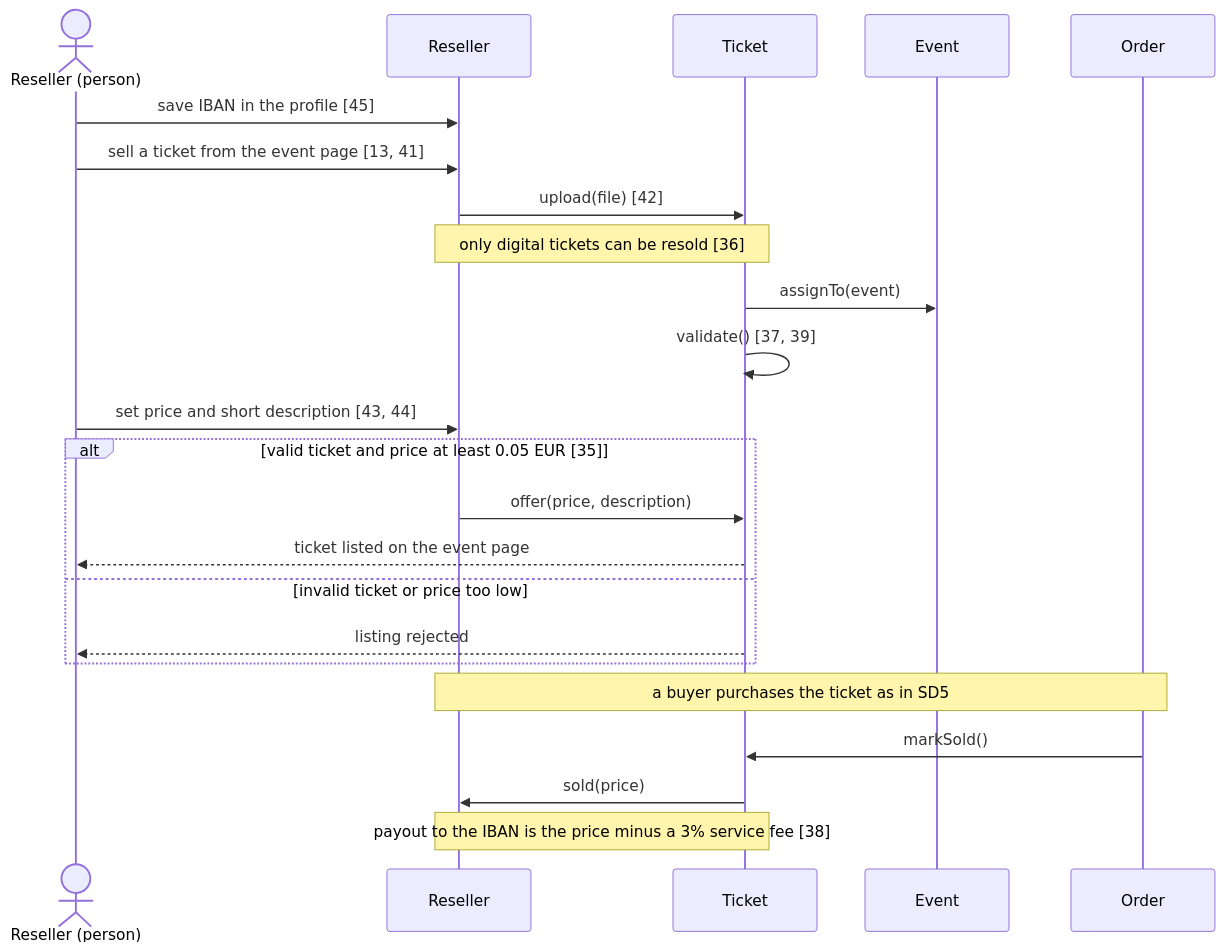
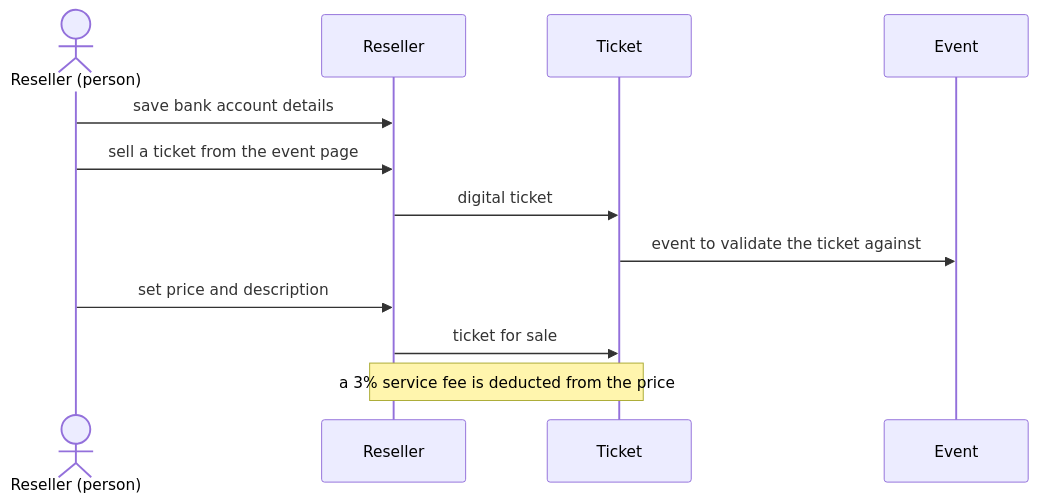
One commit to grumartin/user-story-domain-model-datasets changed the diagram in 4_gold_standard_sequence_diagrams/ticket/sd6_resell_ticket.mmd. Above: the diagram before and after it, drawn with Mermaid. The commit also changed 151 other files, not shown here.

Commit message:
Adapt domain models to revised gold and silver standard & Create Sequence Diagrams for all Projects (#2)

```diff
--- a/4_gold_standard_sequence_diagrams/ticket/sd6_resell_ticket.mmd
+++ b/4_gold_standard_sequence_diagrams/ticket/sd6_resell_ticket.mmd
@@ -1,27 +1,22 @@
 sequenceDiagram
     %% SD6 - Resell a ticket
     %% Stories: 13, 35, 36, 37, 38, 39, 41, 42, 43, 44, 45
-    %% Description: A reseller saves an IBAN and uploads a digital ticket from the event page; the platform validates it and the minimum price; once a buyer purchases it, the reseller is paid minus a 3% fee.
+    %% Description: A reseller saves bank account details, uploads a digital ticket from the event page and offers it at a price. The ticket is validated against its event, and a service fee is kept.
     actor RP as Reseller (person)
     participant RS as Reseller
     participant TI as Ticket
     participant EV as Event
-    participant ORD as Order
 
-    RP->>RS: save IBAN in the profile [45]
-    RP->>RS: sell a ticket from the event page [13, 41]
-    RS->>TI: upload(file) [42]
-    Note over RS,TI: only digital tickets can be resold [36]
-    TI->>EV: assignTo(event)
-    TI->>TI: validate() [37, 39]
-    RP->>RS: set price and short description [43, 44]
-    alt valid ticket and price at least 0.05 EUR [35]
-        RS->>TI: offer(price, description)
-        TI-->>RP: ticket listed on the event page
-    else invalid ticket or price too low
-        TI-->>RP: listing rejected
-    end
-    Note over RS,ORD: a buyer purchases the ticket as in SD5
-    ORD->>TI: markSold()
-    TI->>RS: sold(price)
-    Note over RS,TI: payout to the IBAN is the price minus a 3% service fee [38]
+    %% covers 45
+    RP->>RS: save bank account details
+    %% covers 13, 41
+    RP->>RS: sell a ticket from the event page
+    %% covers 36, 42
+    RS->>TI: digital ticket
+    %% covers 37, 39
+    TI->>EV: event to validate the ticket against
+    %% covers 35, 43, 44
+    RP->>RS: set price and description
+    RS->>TI: ticket for sale
+    %% covers 38
+    Note over RS,TI: a 3% service fee is deducted from the price
```
